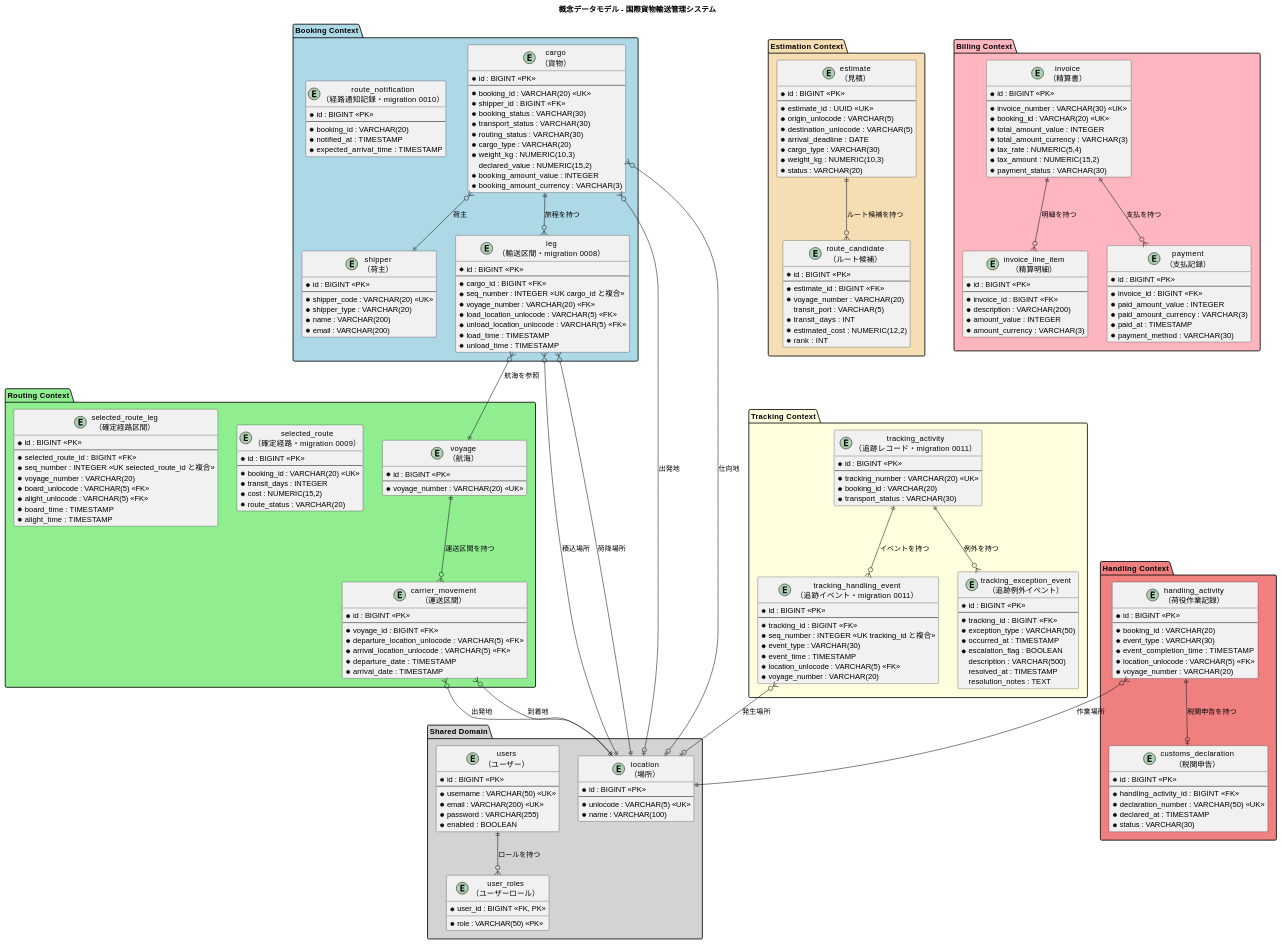
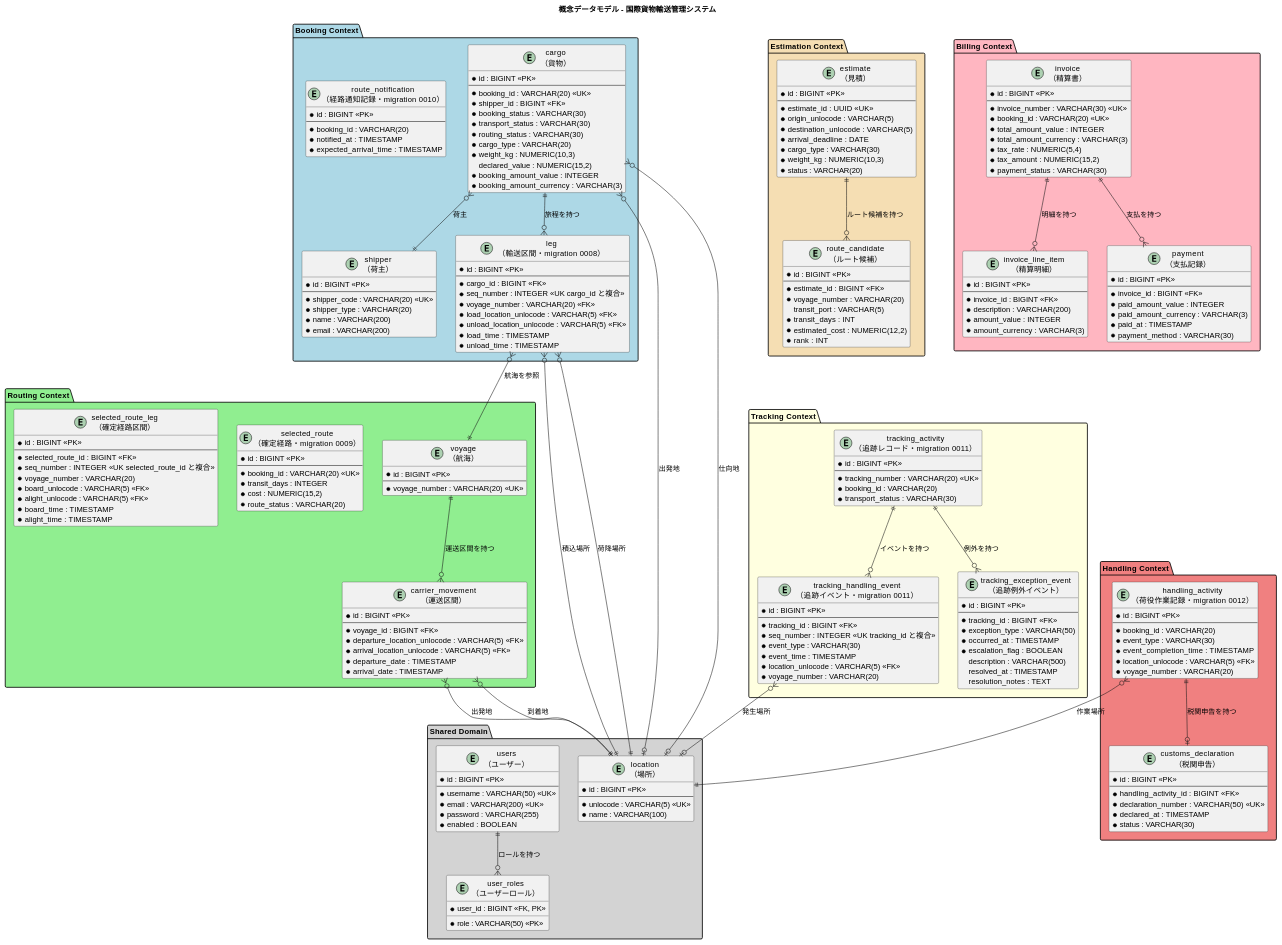
Before and after one commit to k2works/case-study-cargo-tracker: the first of 9 diagrams in docs/design/data-model.md, drawn with PlantUML. The commit also changed 5 other files, not shown here.

```diff
--- a/docs/design/data-model.md
+++ b/docs/design/data-model.md
@@ -181,7 +181,7 @@
 }
 
 package "Handling Context" #lightcoral {
-  entity "handling_activity\n（荷役作業記録）" as handling_activity {
+  entity "handling_activity\n（荷役作業記録・migration 0012）" as handling_activity {
     * id : BIGINT <<PK>>
     --
     * booking_id : VARCHAR(20)
```
